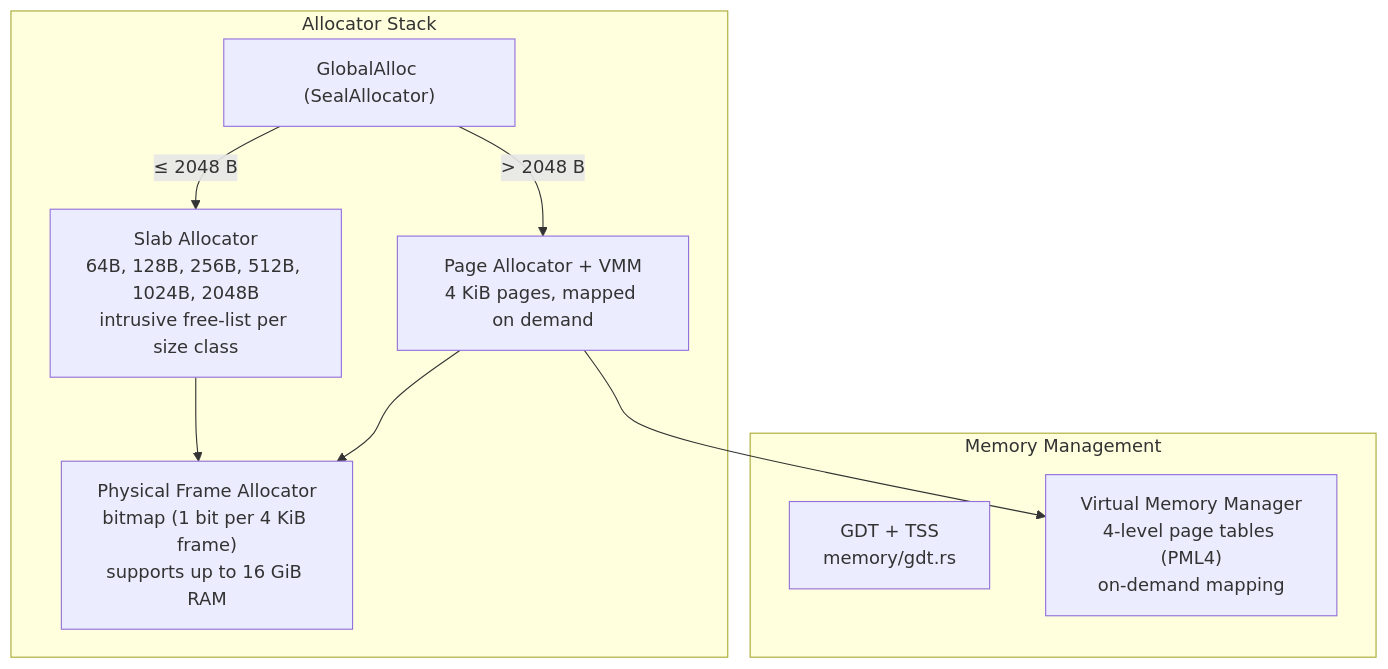
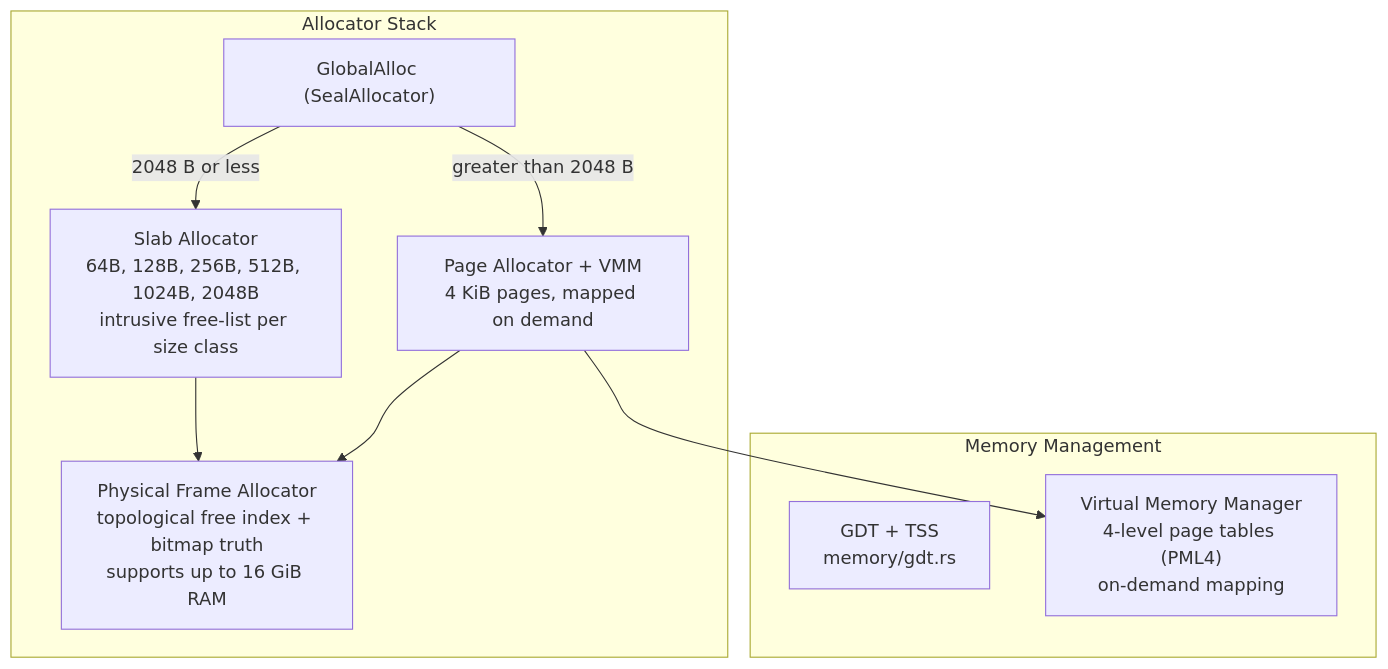
Before and after one commit to teerthsharma/Epsilon-Hollow: the third of 18 diagrams in README.md, drawn with Mermaid. The commit also changed other lines of this file and 110 other files, not shown here.

````diff
--- a/README.md
+++ b/README.md
@@ -466,21 +497,21 @@
 ```mermaid
 graph TD
-    subgraph "Allocator Stack"
+    subgraph SG12["Allocator Stack"]
         GLOBAL["GlobalAlloc (SealAllocator)"]
         SLAB["Slab Allocator<br/>64B, 128B, 256B, 512B, 1024B, 2048B<br/>intrusive free-list per size class"]
         PAGE["Page Allocator + VMM<br/>4 KiB pages, mapped on demand"]
-        PHYS["Physical Frame Allocator<br/>bitmap (1 bit per 4 KiB frame)<br/>supports up to 16 GiB RAM"]
+        PHYS["Physical Frame Allocator<br/>topological free index + bitmap truth<br/>supports up to 16 GiB RAM"]
     end
 
-    GLOBAL -->|"≤ 2048 B"| SLAB
-    GLOBAL -->|"> 2048 B"| PAGE
+    GLOBAL -->|"2048 B or less"| SLAB
+    GLOBAL -->|"greater than 2048 B"| PAGE
     SLAB --> PHYS
     PAGE --> PHYS
 
-    subgraph "Memory Management"
+    subgraph SG13["Memory Management"]
         GDT["GDT + TSS<br/>memory/gdt.rs"]
         VIRT["Virtual Memory Manager<br/>4-level page tables (PML4)<br/>on-demand mapping"]
     end
 
     PAGE --> VIRT
 ```
````
